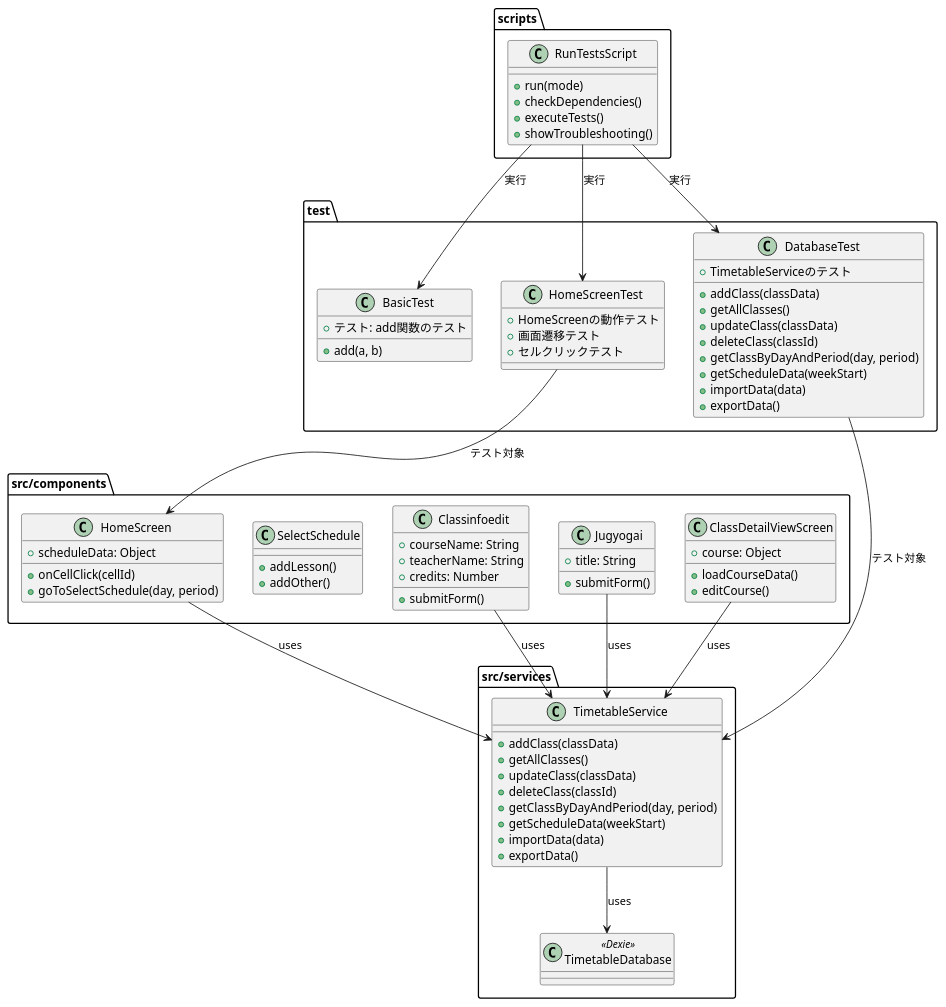
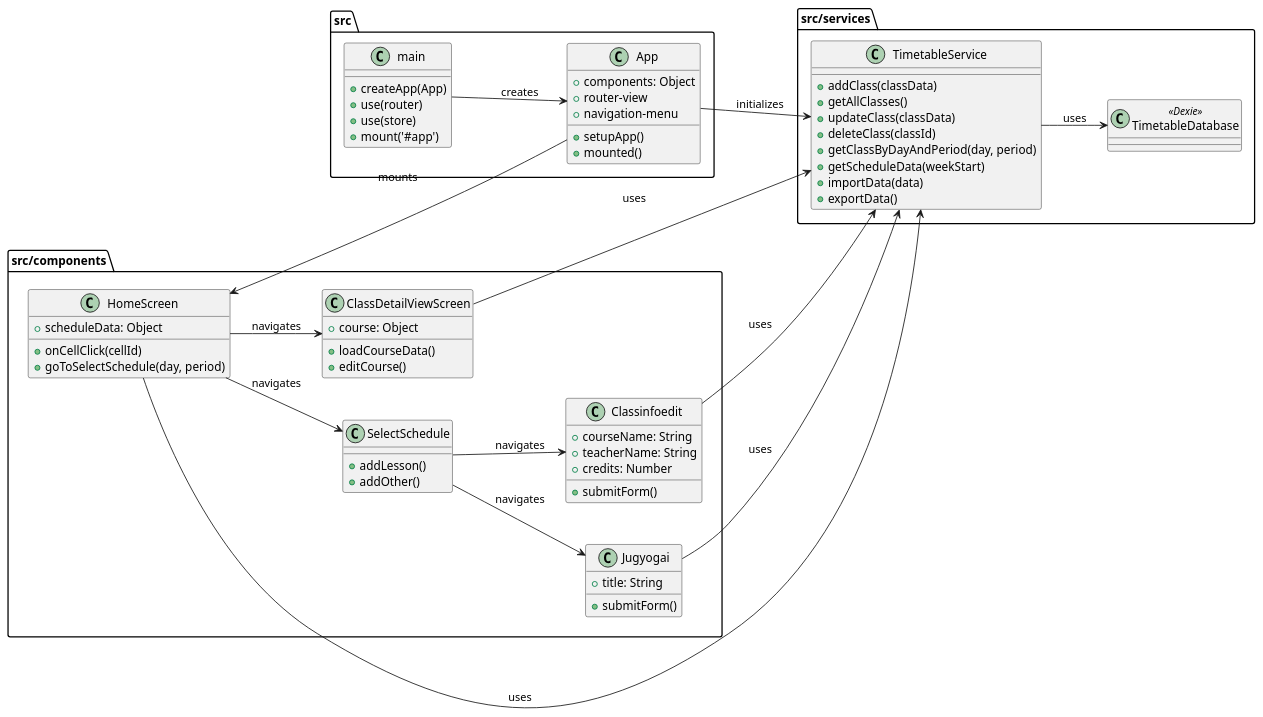
Before and after one commit to Ikeda-g031/Saka-tec: the diagram in ClassFigure.puml, drawn with PlantUML. The commit also changed 3 other files, not shown here.

Commit message:
chore:クラス図の調整

```diff
--- a/ClassFigure.puml
+++ b/ClassFigure.puml
@@ -1,90 +1,92 @@
 @startuml
-' Saka-tec テストガイド・テスト実行構成クラス図（具体例）
+' Saka-tec アプリケーション構成クラス図
+left to right direction
+skinparam nodesep 50
+skinparam ranksep 50
 
-package "scripts" {
-  class RunTestsScript {
-    +run(mode)
-    +checkDependencies()
-    +executeTests()
-    +showTroubleshooting()
+together {
+  package "src" {
+    class main {
+      +createApp(App)
+      +use(router)
+      +use(store)
+      +mount('#app')
+    }
+
+    class App {
+      +components: Object
+      +router-view
+      +navigation-menu
+      +setupApp()
+      +mounted()
+    }
+  }
+
+  package "src/services" {
+    class TimetableService {
+      +addClass(classData)
+      +getAllClasses()
+      +updateClass(classData)
+      +deleteClass(classId)
+      +getClassByDayAndPeriod(day, period)
+      +getScheduleData(weekStart)
+      +importData(data)
+      +exportData()
+    }
+    class TimetableDatabase <<Dexie>>
   }
 }
 
-package "test" {
-  class BasicTest {
-    +add(a, b)
-    +テスト: add関数のテスト
+package "src/components" {
+  together {
+    class HomeScreen {
+      +scheduleData: Object
+      +onCellClick(cellId)
+      +goToSelectSchedule(day, period)
+    }
+    class ClassDetailViewScreen {
+      +course: Object
+      +loadCourseData()
+      +editCourse()
+    }
   }
-  class HomeScreenTest {
-    +HomeScreenの動作テスト
-    +画面遷移テスト
-    +セルクリックテスト
-  }
-  class DatabaseTest {
-    +TimetableServiceのテスト
-    +addClass(classData)
-    +getAllClasses()
-    +updateClass(classData)
-    +deleteClass(classId)
-    +getClassByDayAndPeriod(day, period)
-    +getScheduleData(weekStart)
-    +importData(data)
-    +exportData()
+  
+  together {
+    class Classinfoedit {
+      +courseName: String
+      +teacherName: String
+      +credits: Number
+      +submitForm()
+    }
+    class Jugyogai {
+      +title: String
+      +submitForm()
+    }
+    class SelectSchedule {
+      +addLesson()
+      +addOther()
+    }
   }
 }
 
-package "src/services" {
-  class TimetableService {
-    +addClass(classData)
-    +getAllClasses()
-    +updateClass(classData)
-    +deleteClass(classId)
-    +getClassByDayAndPeriod(day, period)
-    +getScheduleData(weekStart)
-    +importData(data)
-    +exportData()
-  }
-  class TimetableDatabase <<Dexie>>
-}
+' アプリケーションの初期化フロー
+main --> App : creates
+App --> HomeScreen : mounts
+App --> TimetableService : initializes
 
-package "src/components" {
-  class HomeScreen {
-    +scheduleData: Object
-    +onCellClick(cellId)
-    +goToSelectSchedule(day, period)
-  }
-  class Classinfoedit {
-    +courseName: String
-    +teacherName: String
-    +credits: Number
-    +submitForm()
-  }
-  class Jugyogai {
-    +title: String
-    +submitForm()
-  }
-  class SelectSchedule {
-    +addLesson()
-    +addOther()
-  }
-  class ClassDetailViewScreen {
-    +course: Object
-    +loadCourseData()
-    +editCourse()
-  }
-}
-
-RunTestsScript --> BasicTest : 実行
-RunTestsScript --> HomeScreenTest : 実行
-RunTestsScript --> DatabaseTest : 実行
-
-HomeScreenTest --> HomeScreen : テスト対象
-DatabaseTest --> TimetableService : テスト対象
+' サービスの依存関係
 TimetableService --> TimetableDatabase : uses
 
+' コンポーネントの依存関係
 HomeScreen --> TimetableService : uses
 Classinfoedit --> TimetableService : uses
 Jugyogai --> TimetableService : uses
 ClassDetailViewScreen --> TimetableService : uses
 
+' ナビゲーションフロー
+HomeScreen --> SelectSchedule : navigates
+HomeScreen --> ClassDetailViewScreen : navigates
+SelectSchedule --> Classinfoedit : navigates
+SelectSchedule --> Jugyogai : navigates
+
 @enduml
```
